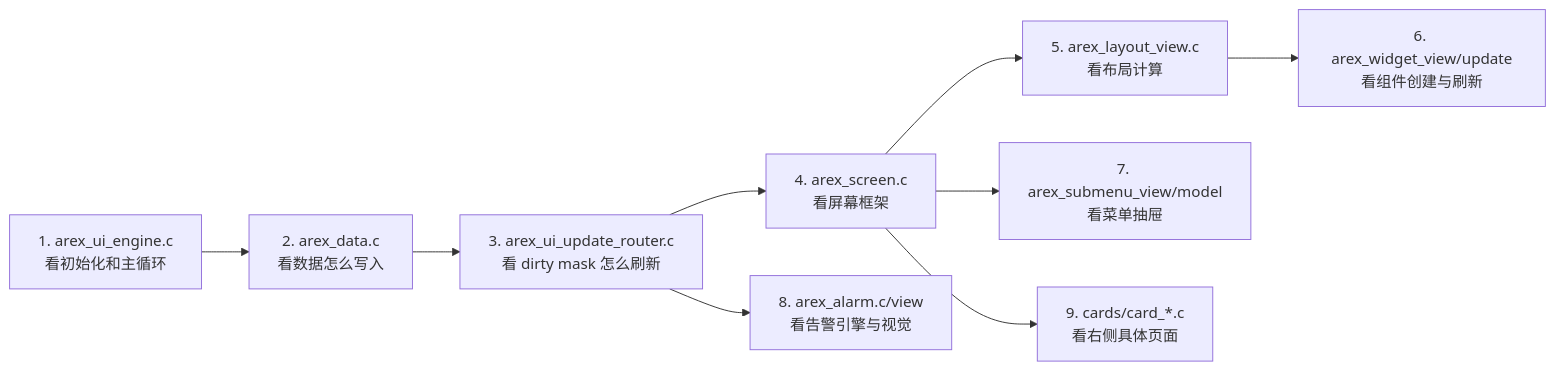
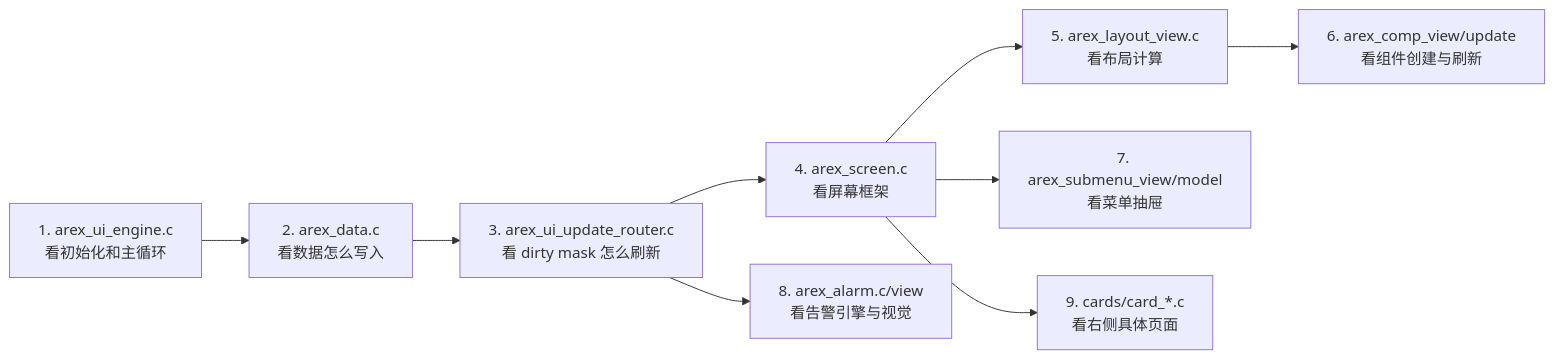
One commit to arexvision/lv_port_win_codeblocks-release-v8.3_hasGroup changed the sixth of 6 diagrams in UI_html_DOC/AREX_UI_MODULE_MAP.md. Above: the diagram before and after it, drawn with Mermaid. The commit also changed other lines of this file and 17 other files, not shown here.

````diff
--- a/UI_html_DOC/AREX_UI_MODULE_MAP.md
+++ b/UI_html_DOC/AREX_UI_MODULE_MAP.md
@@ -215,11 +215,11 @@
 ```mermaid
 flowchart LR
     A["1. arex_ui_engine.c<br/>看初始化和主循环"] --> B["2. arex_data.c<br/>看数据怎么写入"]
     B --> C["3. arex_ui_update_router.c<br/>看 dirty mask 怎么刷新"]
     C --> D["4. arex_screen.c<br/>看屏幕框架"]
     D --> E["5. arex_layout_view.c<br/>看布局计算"]
-    E --> F["6. arex_widget_view/update<br/>看组件创建与刷新"]
+    E --> F["6. arex_comp_view/update<br/>看组件创建与刷新"]
     D --> G["7. arex_submenu_view/model<br/>看菜单抽屉"]
     C --> H["8. arex_alarm.c/view<br/>看告警引擎与视觉"]
     D --> I["9. cards/card_*.c<br/>看右侧具体页面"]
 ```
````
